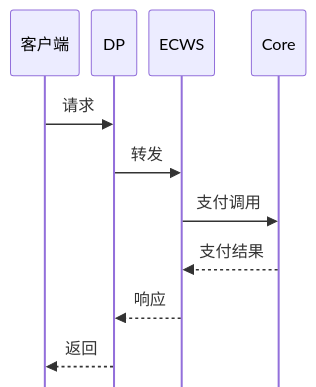
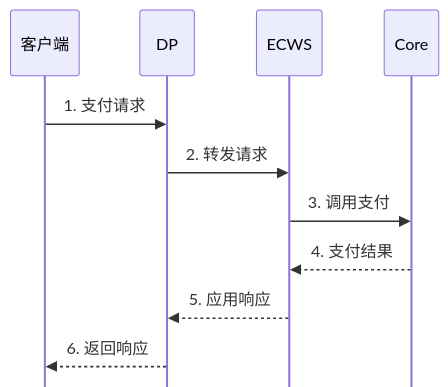
The first of 2 diagrams in _posts/Interviews/2026-11-17-MadisonDavisProjectInterview.md (ChrisZZhong/zhichengzhong), drawn with Mermaid before and after one commit. The commit also changed other lines of this file and 3 other files, not shown here.

Commit message:
Keep Mermaid labels readable and number payment diagram steps

````diff
--- a/_posts/Interviews/2026-11-17-MadisonDavisProjectInterview.md
+++ b/_posts/Interviews/2026-11-17-MadisonDavisProjectInterview.md
@@ -26,14 +26,14 @@
 ```mermaid
-%%{init: {"sequence": {"width": 45, "actorMargin": 12, "mirrorActors": false}} }%%
+%%{init: {"sequence": {"width": 54, "actorMargin": 20, "mirrorActors": false}} }%%
 sequenceDiagram
     participant C as 客户端
     participant D as DP
     participant E as ECWS
     participant K as Core
-    C->>D: 请求
-    D->>E: 转发
-    E->>K: 支付调用
-    K-->>E: 支付结果
-    E-->>D: 响应
-    D-->>C: 返回
+    C->>D: 1. 支付请求
+    D->>E: 2. 转发请求
+    E->>K: 3. 调用支付
+    K-->>E: 4. 支付结果
+    E-->>D: 5. 应用响应
+    D-->>C: 6. 返回响应
 ```
````
